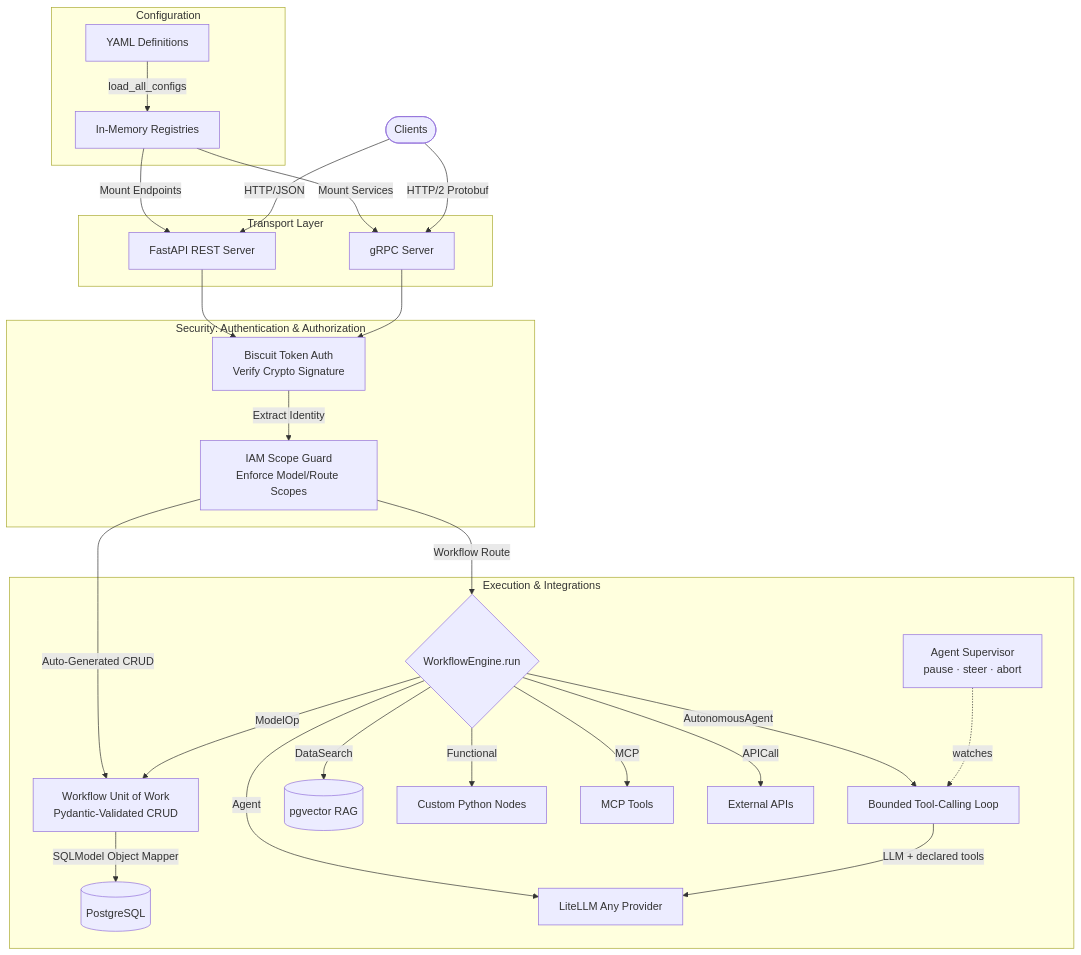
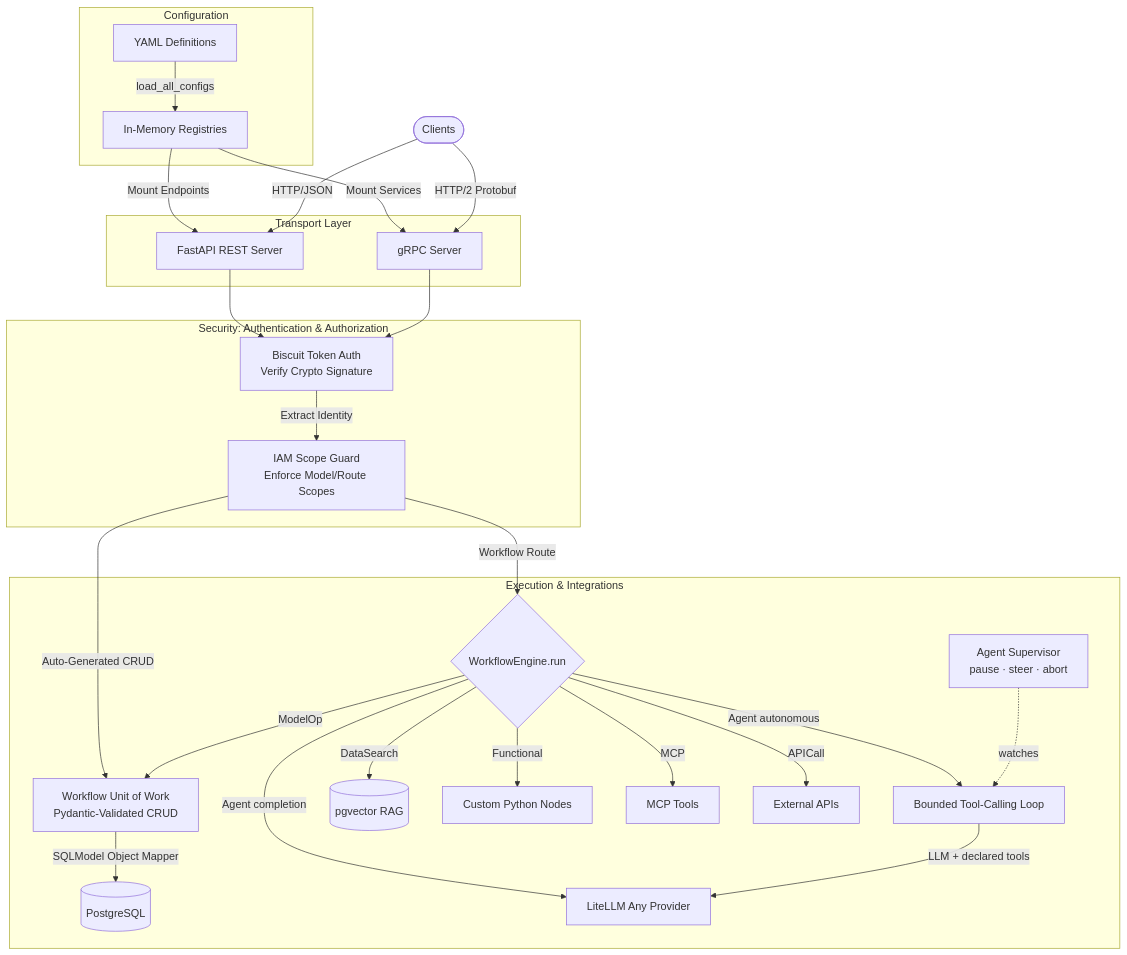
The diagram in docs/index.md (tuvl-io/docs), drawn with Mermaid before and after one commit. The commit also changed other lines of this file and 29 other files, not shown here.

First line of the commit message:
docs: site content for the unified Agent + artifact engine

````diff
--- a/docs/index.md
+++ b/docs/index.md
@@ -136,36 +145,36 @@
 ```mermaid
 flowchart TD
     subgraph Configuration
         YAML[YAML Definitions] -->|load_all_configs| Reg[In-Memory Registries]
     end
 
     subgraph Transport Layer
         Reg -->|Mount Endpoints| REST[FastAPI REST Server]
         Reg -->|Mount Services| GRPC[gRPC Server]
     end
 
     Client([Clients]) -->|HTTP/JSON| REST
     Client -->|HTTP/2 Protobuf| GRPC
 
     subgraph Security: Authentication & Authorization
         REST --> Auth[Biscuit Token Auth<br>Verify Crypto Signature]
         GRPC --> Auth
         Auth -->|Extract Identity| AuthZ[IAM Scope Guard<br>Enforce Model/Route Scopes]
     end
 
     AuthZ -->|Workflow Route| Engine{WorkflowEngine.run}
     AuthZ -->|Auto-Generated CRUD| UoW[Workflow Unit of Work<br>Pydantic-Validated CRUD]
 
     subgraph Execution & Integrations
         Engine -->|ModelOp| UoW
         UoW -->|SQLModel Object Mapper| PG[(PostgreSQL)]
-        Engine -->|Agent| LLM[LiteLLM Any Provider]
-        Engine -->|AutonomousAgent| Loop[Bounded Tool-Calling Loop]
+        Engine -->|Agent completion| LLM[LiteLLM Any Provider]
+        Engine -->|Agent autonomous| Loop[Bounded Tool-Calling Loop]
         Loop -->|LLM + declared tools| LLM
         Sup[Agent Supervisor<br>pause · steer · abort] -.watches.-> Loop
         Engine -->|DataSearch| RAG[(pgvector RAG)]
         Engine -->|Functional| Nodes[Custom Python Nodes]
         Engine -->|MCP| MCP[MCP Tools]
         Engine -->|APICall| ExtAPI[External APIs]
     end
 ```
````
